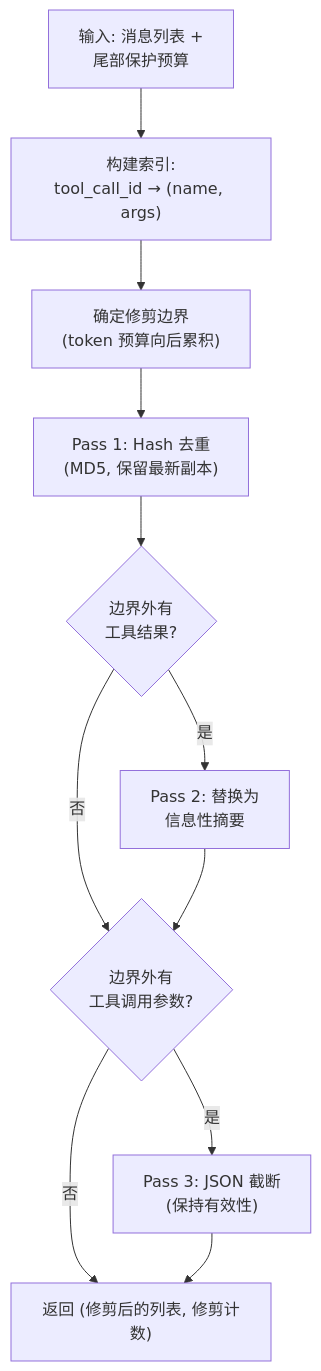
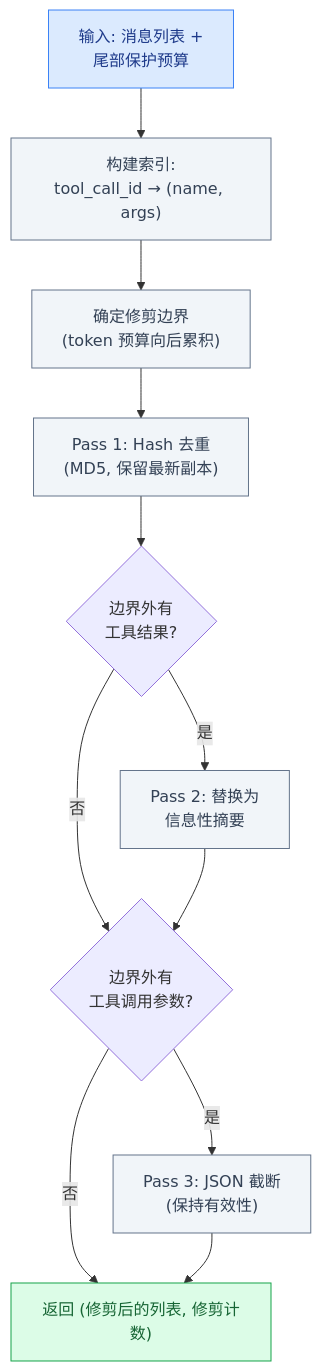
The second of 5 diagrams in chapters/context-compression.rst (pty819/hermes-docs), drawn with Mermaid before and after one commit. The commit also changed other lines of this file and 27 other files, not shown here.

```diff
--- a/chapters/context-compression.rst
+++ b/chapters/context-compression.rst
@@ -408,13 +423,25 @@
 .. mermaid::
+   :name: fig-tool-result-pruning
+   :caption: 工具结果修剪流程（Phase 1）
 
    flowchart TD
        A["输入: 消息列表 +<br/>尾部保护预算"] --> B["构建索引:<br/>tool_call_id → (name, args)"]
        B --> C["确定修剪边界<br/>(token 预算向后累积)"]
        C --> D["Pass 1: Hash 去重<br/>(MD5, 保留最新副本)"]
        D --> E{"边界外有<br/>工具结果?"}
        E -- 否 --> G
        E -- 是 --> F["Pass 2: 替换为<br/>信息性摘要"]
        F --> G{"边界外有<br/>工具调用参数?"}
        G -- 否 --> H["返回 (修剪后的列表, 修剪计数)"]
        G -- 是 --> I["Pass 3: JSON 截断<br/>(保持有效性)"]
        I --> H
+
+       class A start
+       class H success
+       class B,C,D,F,I info
+
+       classDef start fill:#dbeafe,stroke:#3b82f6,color:#1e3a8a
+       classDef success fill:#dcfce7,stroke:#16a34a,color:#166534
+       classDef warn fill:#fef9c3,stroke:#ca8a04,color:#854d0e
+       classDef fail fill:#fee2e2,stroke:#dc2626,color:#991b1b
+       classDef info fill:#f1f5f9,stroke:#64748b,color:#334155
```
